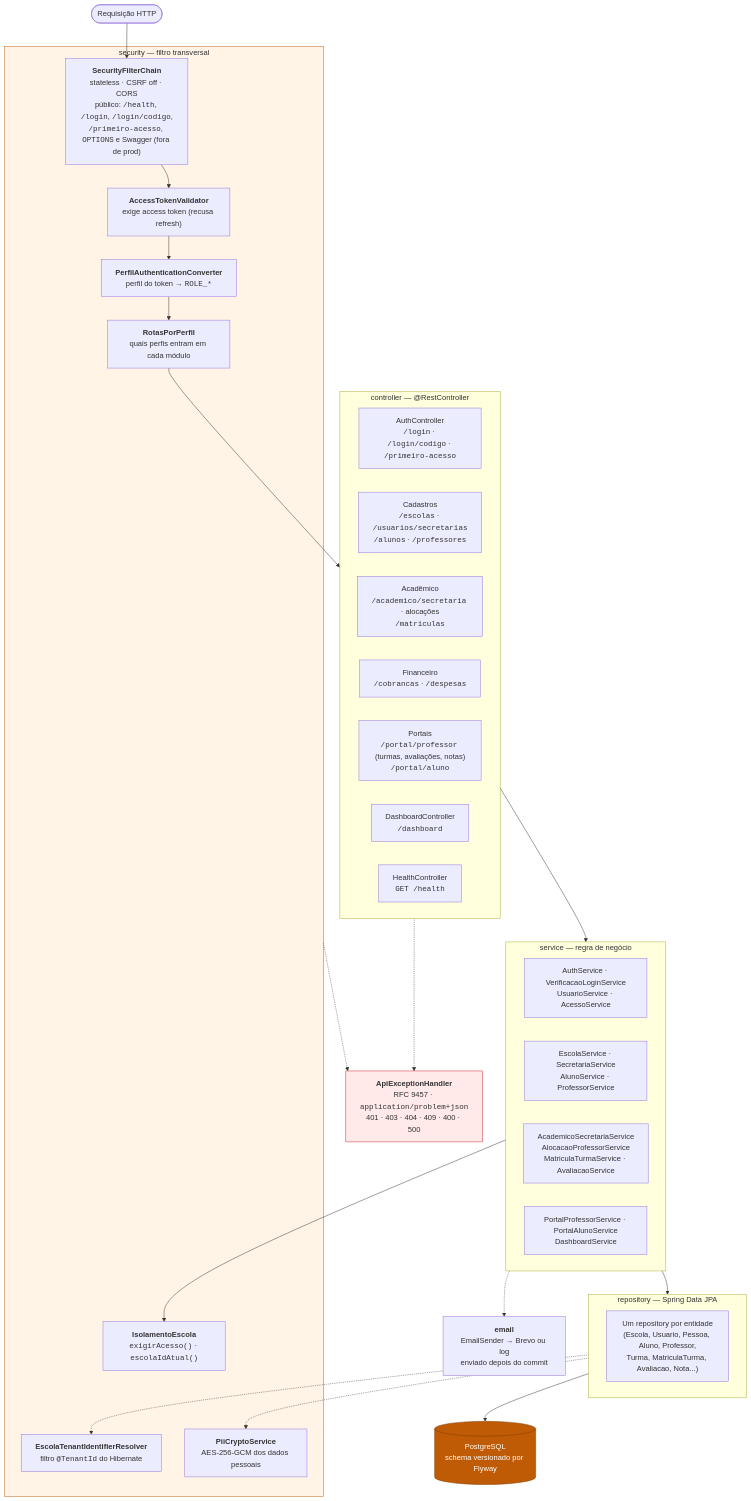
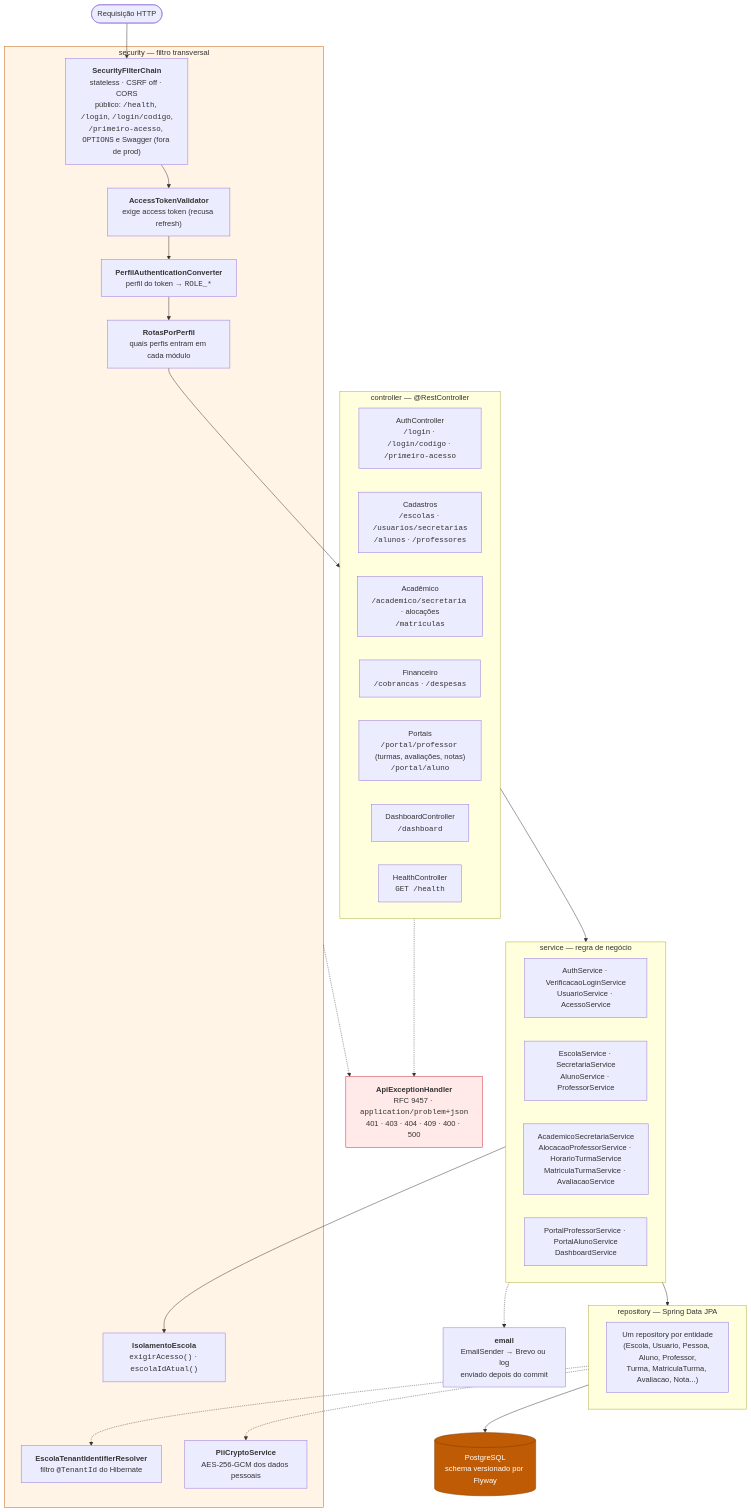
Before and after one commit to ICEI-PUC-Minas-PMGES-TI/pmg-es-2026-2-ti3-9577100-eduka: the fourth of 6 diagrams in Artefatos/arquitetura/arquitetura-da-solucao.md, drawn with Mermaid. The commit also changed other lines of this file and 1 other file, not shown here.

First line of the commit message:
docs(horario): documenta as rotas da grade semanal das turmas

````diff
--- a/Artefatos/arquitetura/arquitetura-da-solucao.md
+++ b/Artefatos/arquitetura/arquitetura-da-solucao.md
@@ -150,53 +150,53 @@
 ```mermaid
 flowchart TB
     REQ(["Requisição HTTP"])
 
     subgraph sec["security — filtro transversal"]
         CHAIN["<b>SecurityFilterChain</b><br/>stateless · CSRF off · CORS<br/>público: <code>/health</code>, <code>/login</code>, <code>/login/codigo</code>,<br/><code>/primeiro-acesso</code>, <code>OPTIONS</code> e Swagger (fora de prod)"]
         VALID["<b>AccessTokenValidator</b><br/>exige access token (recusa refresh)"]
         CONV["<b>PerfilAuthenticationConverter</b><br/>perfil do token → <code>ROLE_*</code>"]
         ROTAS["<b>RotasPorPerfil</b><br/>quais perfis entram em cada módulo"]
         ISO["<b>IsolamentoEscola</b><br/><code>exigirAcesso()</code> · <code>escolaIdAtual()</code>"]
         TEN["<b>EscolaTenantIdentifierResolver</b><br/>filtro <code>@TenantId</code> do Hibernate"]
         PII["<b>PiiCryptoService</b><br/>AES-256-GCM dos dados pessoais"]
     end
 
     subgraph ctrl["controller — @RestController"]
         AUTHC["AuthController<br/><code>/login</code> · <code>/login/codigo</code> · <code>/primeiro-acesso</code>"]
         CADC["Cadastros<br/><code>/escolas</code> · <code>/usuarios/secretarias</code><br/><code>/alunos</code> · <code>/professores</code>"]
         ACADC["Acadêmico<br/><code>/academico/secretaria</code> · alocações<br/><code>/matriculas</code>"]
         FINC["Financeiro<br/><code>/cobrancas</code> · <code>/despesas</code>"]
         PORTC["Portais<br/><code>/portal/professor</code> (turmas, avaliações, notas)<br/><code>/portal/aluno</code>"]
         DASHC["DashboardController<br/><code>/dashboard</code>"]
         HLTC["HealthController<br/><code>GET /health</code>"]
     end
 
     subgraph svc["service — regra de negócio"]
         AUTHS["AuthService · VerificacaoLoginService<br/>UsuarioService · AcessoService"]
         CADS["EscolaService · SecretariaService<br/>AlunoService · ProfessorService"]
-        ACADS["AcademicoSecretariaService<br/>AlocacaoProfessorService<br/>MatriculaTurmaService · AvaliacaoService"]
+        ACADS["AcademicoSecretariaService<br/>AlocacaoProfessorService · HorarioTurmaService<br/>MatriculaTurmaService · AvaliacaoService"]
         PORTS["PortalProfessorService · PortalAlunoService<br/>DashboardService"]
     end
 
     subgraph repo["repository — Spring Data JPA"]
         REPOS["Um repository por entidade<br/>(Escola, Usuario, Pessoa, Aluno, Professor,<br/>Turma, MatriculaTurma, Avaliacao, Nota...)"]
     end
 
     MAIL["<b>email</b><br/>EmailSender → Brevo ou log<br/>enviado depois do commit"]
     DB[("PostgreSQL<br/>schema versionado por Flyway")]
     ERR["<b>ApiExceptionHandler</b><br/>RFC 9457 · <code>application/problem+json</code><br/>401 · 403 · 404 · 409 · 400 · 500"]
 
     REQ --> CHAIN --> VALID --> CONV --> ROTAS --> ctrl
     ctrl --> svc
     svc --> ISO
     svc --> repo --> DB
     svc -.-> MAIL
     repo -.-> TEN
     repo -.-> PII
     ctrl -.-> ERR
     sec -.-> ERR
 
     style sec fill:#fff4e5,stroke:#bf5b04
     style ERR fill:#ffe9e9,stroke:#cf222e
     style DB fill:#bf5b04,stroke:#7a3a00,color:#fff
 ```
````
